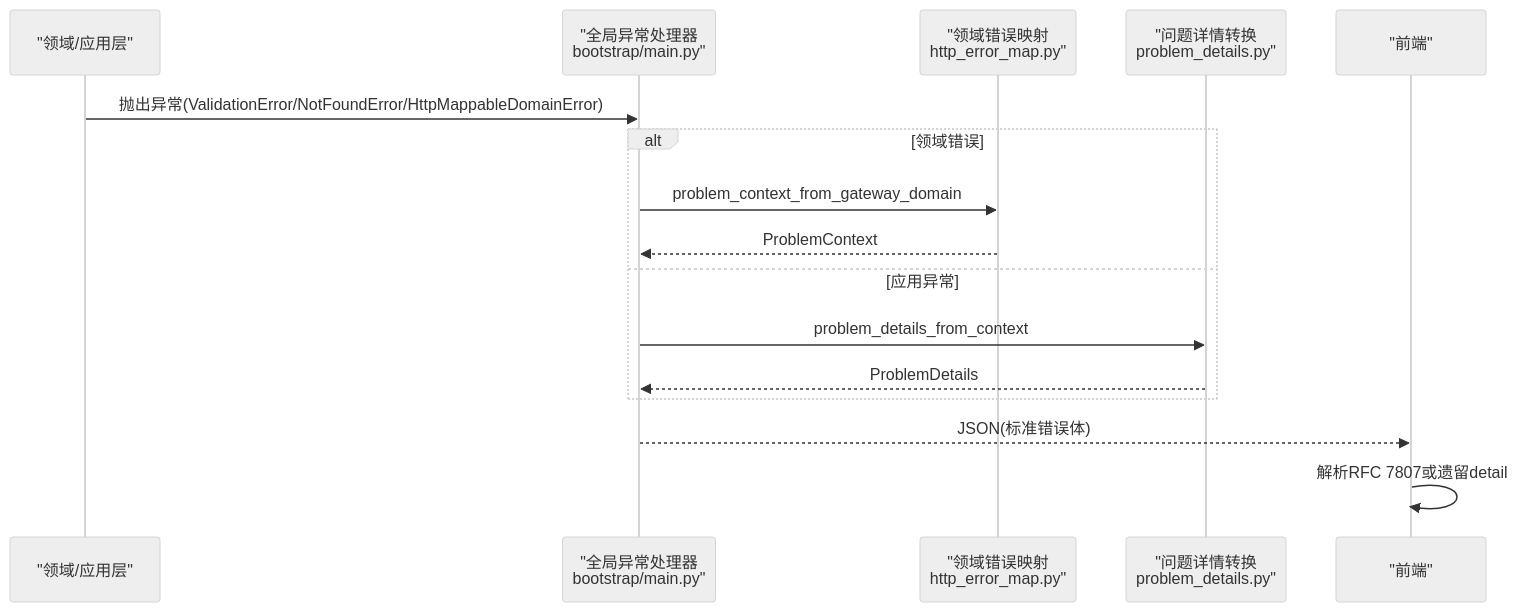
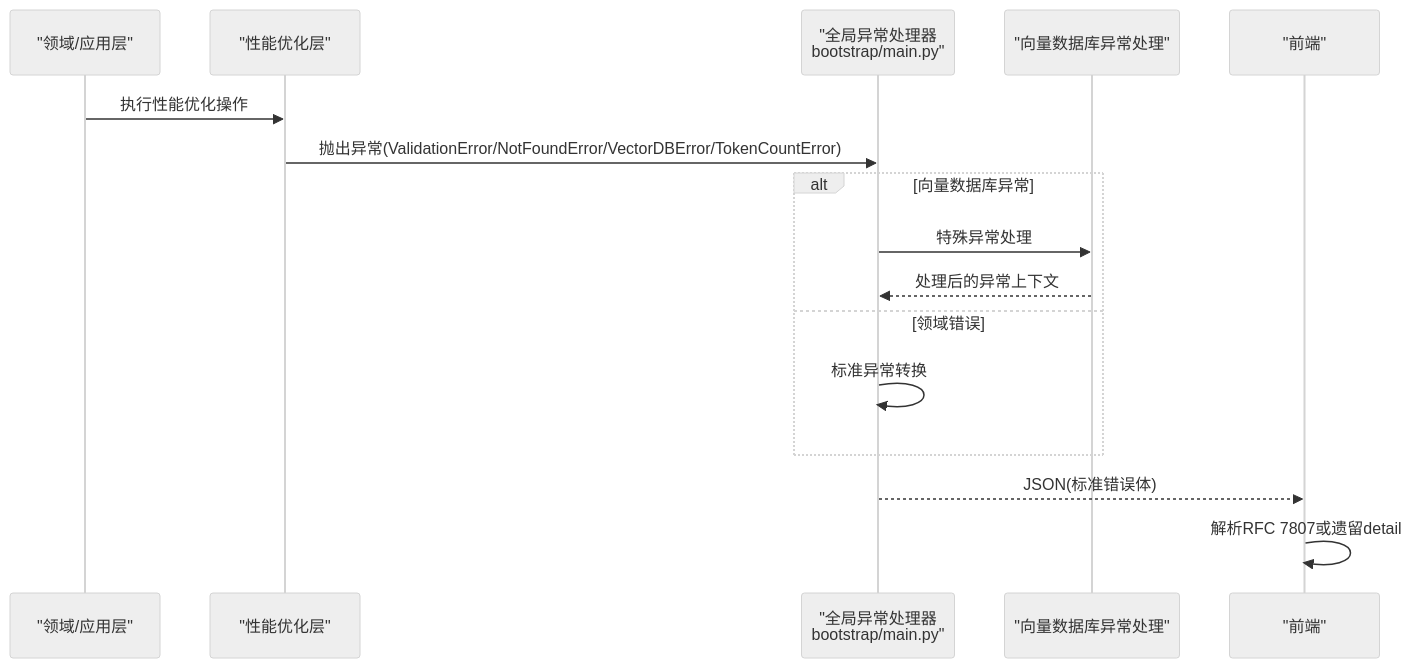
Before and after one commit to tianyehedashu/ai-agent: the second of 8 diagrams in .qoder/repowiki/zh/content/后端服务架构/基础设施层/异常处理机制.md, drawn with Mermaid (neutral theme). The commit also changed other lines of this file and 46 other files, not shown here.

````diff
--- a/.qoder/repowiki/zh/content/后端服务架构/基础设施层/异常处理机制.md
+++ b/.qoder/repowiki/zh/content/后端服务架构/基础设施层/异常处理机制.md
@@ -101,18 +123,18 @@
 ```mermaid
 sequenceDiagram
 participant Domain as "领域/应用层"
+participant Perf as "性能优化层"
 participant Handler as "全局异常处理器<br/>bootstrap/main.py"
-participant Mapper as "领域错误映射<br/>http_error_map.py"
-participant PD as "问题详情转换<br/>problem_details.py"
+participant Vector as "向量数据库异常处理"
 participant Client as "前端"
-Domain->>Handler : 抛出异常(ValidationError/NotFoundError/HttpMappableDomainError)
-alt 领域错误
-Handler->>Mapper : problem_context_from_gateway_domain
-Mapper-->>Handler : ProblemContext
-else 应用异常
-Handler->>PD : problem_details_from_context
-PD-->>Handler : ProblemDetails
+Domain->>Perf : 执行性能优化操作
+Perf->>Handler : 抛出异常(ValidationError/NotFoundError/VectorDBError/TokenCountError)
+alt 向量数据库异常
+Handler->>Vector : 特殊异常处理
+Vector-->>Handler : 处理后的异常上下文
+else 领域错误
+Handler->>Handler : 标准异常转换
 end
 Handler-->>Client : JSON(标准错误体)
 Client->>Client : 解析RFC 7807或遗留detail
 ```
````
